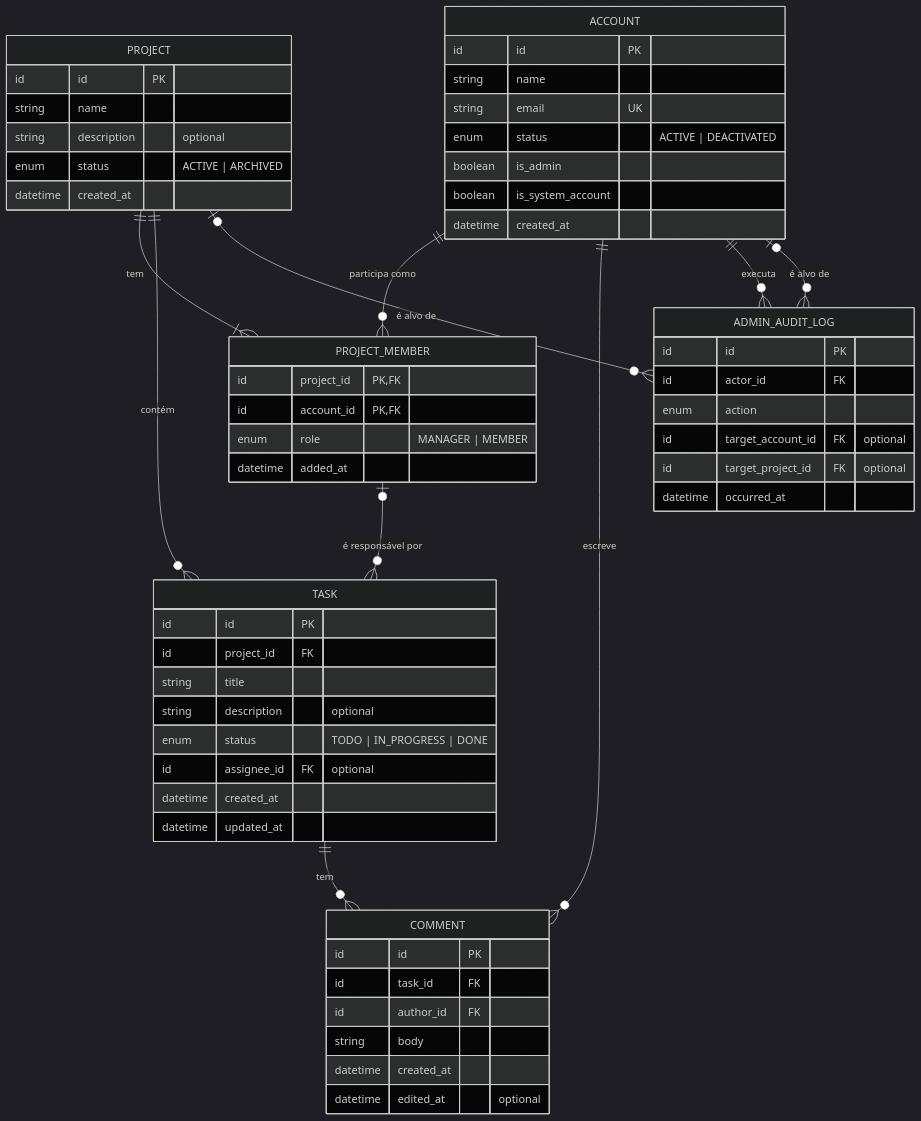
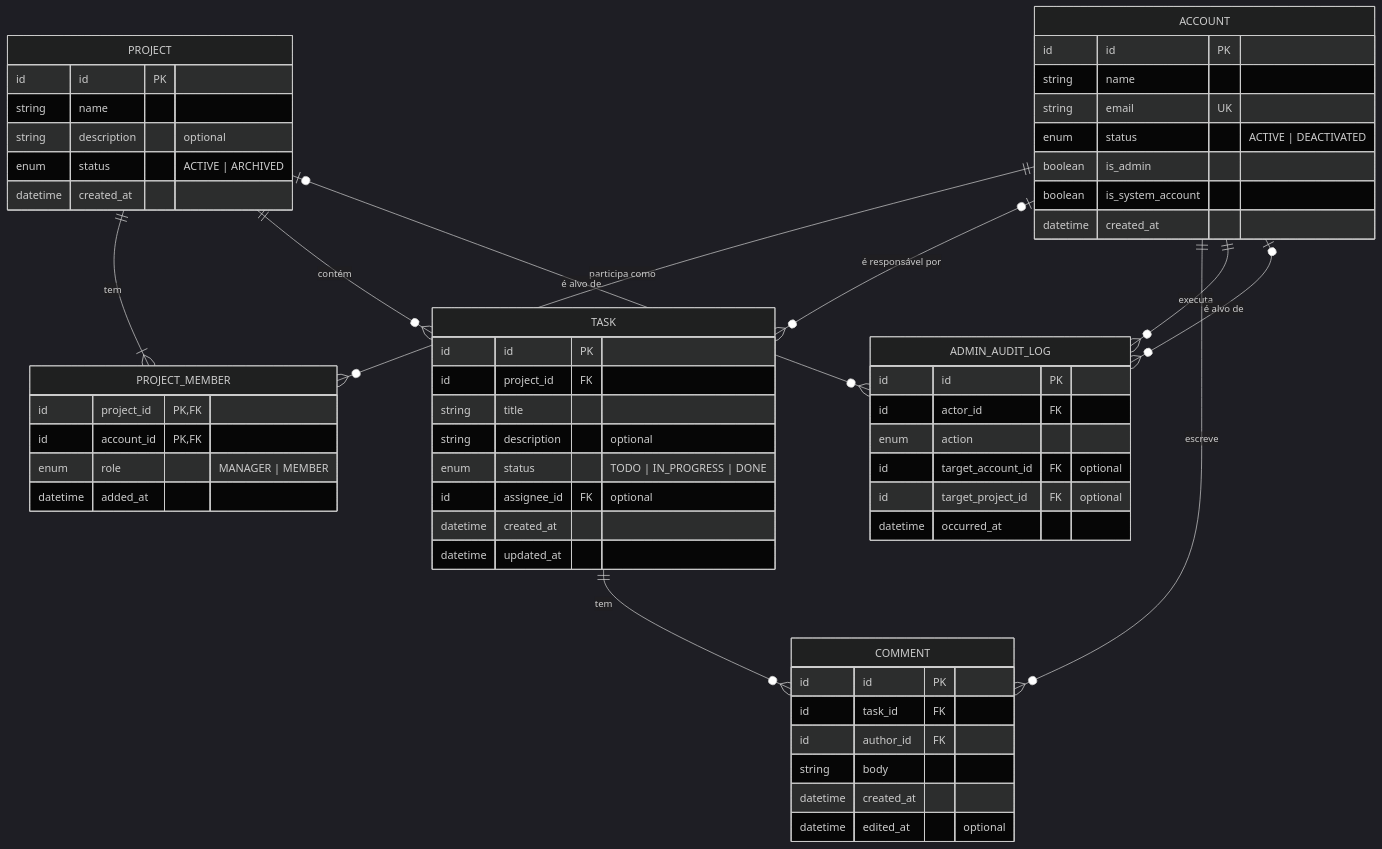
The diagram in matriz/docs/database.md (ClaudiaLamas/ai-powered-software-engeneering), drawn with Mermaid (dark theme) before and after one commit. The commit also changed other lines of this file and 5 other files, not shown here.

````diff
--- a/matriz/docs/database.md
+++ b/matriz/docs/database.md
@@ -136,61 +138,61 @@
 ```mermaid
 erDiagram
     ACCOUNT {
         id id PK
         string name
         string email UK
         enum status "ACTIVE | DEACTIVATED"
         boolean is_admin
         boolean is_system_account
         datetime created_at
     }
     PROJECT {
         id id PK
         string name
         string description "optional"
         enum status "ACTIVE | ARCHIVED"
         datetime created_at
     }
     PROJECT_MEMBER {
         id project_id PK, FK
         id account_id PK, FK
         enum role "MANAGER | MEMBER"
         datetime added_at
     }
     TASK {
         id id PK
         id project_id FK
         string title
         string description "optional"
         enum status "TODO | IN_PROGRESS | DONE"
         id assignee_id FK "optional"
         datetime created_at
         datetime updated_at
     }
     COMMENT {
         id id PK
         id task_id FK
         id author_id FK
         string body
         datetime created_at
         datetime edited_at "optional"
     }
     ADMIN_AUDIT_LOG {
         id id PK
         id actor_id FK
         enum action
         id target_account_id FK "optional"
         id target_project_id FK "optional"
         datetime occurred_at
     }
 
     ACCOUNT ||--o{ PROJECT_MEMBER : "participa como"
     PROJECT ||--|{ PROJECT_MEMBER : "tem"
     PROJECT ||--o{ TASK : "contém"
-    PROJECT_MEMBER |o--o{ TASK : "é responsável por"
+    ACCOUNT |o--o{ TASK : "é responsável por"
     TASK ||--o{ COMMENT : "tem"
     ACCOUNT ||--o{ COMMENT : "escreve"
     ACCOUNT ||--o{ ADMIN_AUDIT_LOG : "executa"
     ACCOUNT |o--o{ ADMIN_AUDIT_LOG : "é alvo de"
     PROJECT |o--o{ ADMIN_AUDIT_LOG : "é alvo de"
 ```
````
